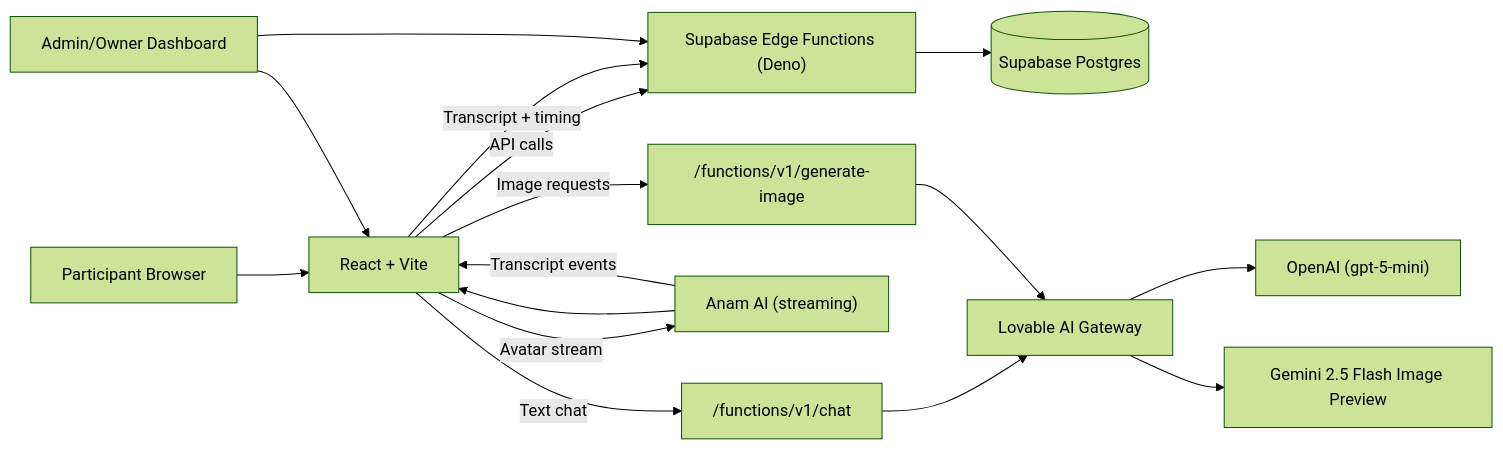
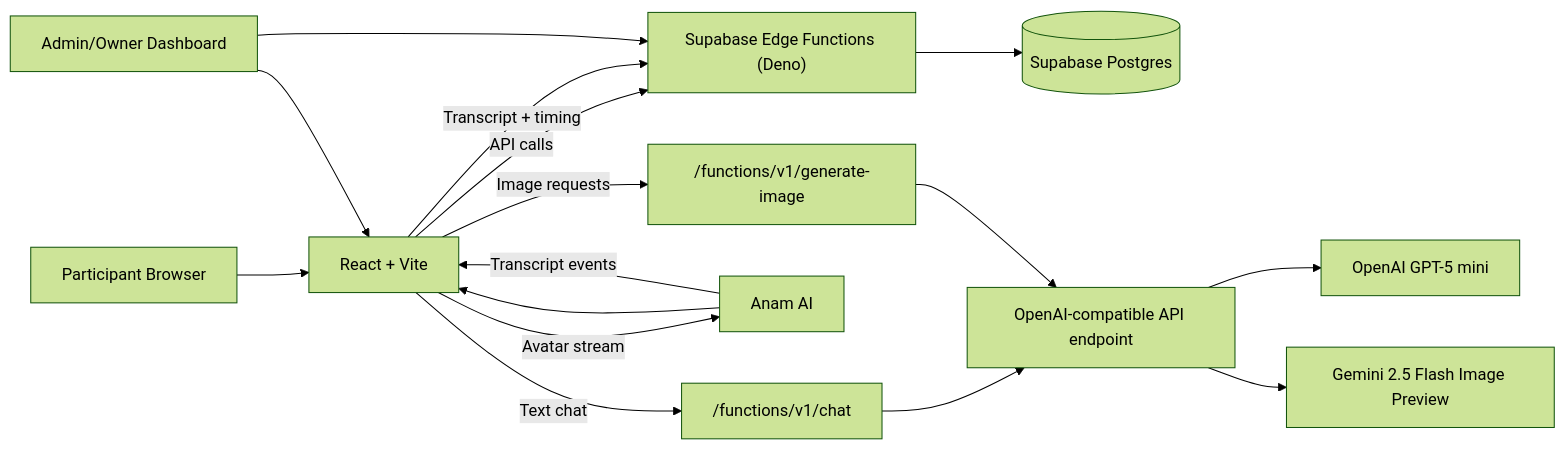
The diagram in README.md (jacobemanuel/embodiment-lab), drawn with Mermaid (forest theme) before and after one commit. The commit also changed other lines of this file and 3 other files, not shown here.

````diff
--- a/README.md
+++ b/README.md
@@ -74,22 +73,22 @@
 ```mermaid
 flowchart LR
   U["Participant Browser"] --> FE["React + Vite"]
   FE -->|API calls| Edge["Supabase Edge Functions (Deno)"]
-  Edge --> DB[(Supabase Postgres)]
+  Edge --> DB[("Supabase Postgres")]
 
   FE -->|Text chat| ChatFn["/functions/v1/chat"]
-  ChatFn --> Gateway["Lovable AI Gateway"]
-  Gateway --> OpenAI["OpenAI (gpt-5-mini)"]
+  ChatFn --> LLMApi["OpenAI-compatible API endpoint"]
+  LLMApi --> OpenAI["OpenAI GPT-5 mini"]
 
-  FE -->|Avatar stream| Anam["Anam AI (streaming)"]
+  FE -->|Avatar stream| Anam["Anam AI"]
   Anam --> FE
   Anam -->|Transcript events| FE
   FE -->|Transcript + timing| Edge
 
   FE -->|Image requests| ImgFn["/functions/v1/generate-image"]
-  ImgFn --> Gateway
-  Gateway --> Gemini["Gemini 2.5 Flash Image Preview"]
+  ImgFn --> LLMApi
+  LLMApi --> Gemini["Gemini 2.5 Flash Image Preview"]
 
   Admin["Admin/Owner Dashboard"] --> FE
   Admin --> Edge
 ```
````
